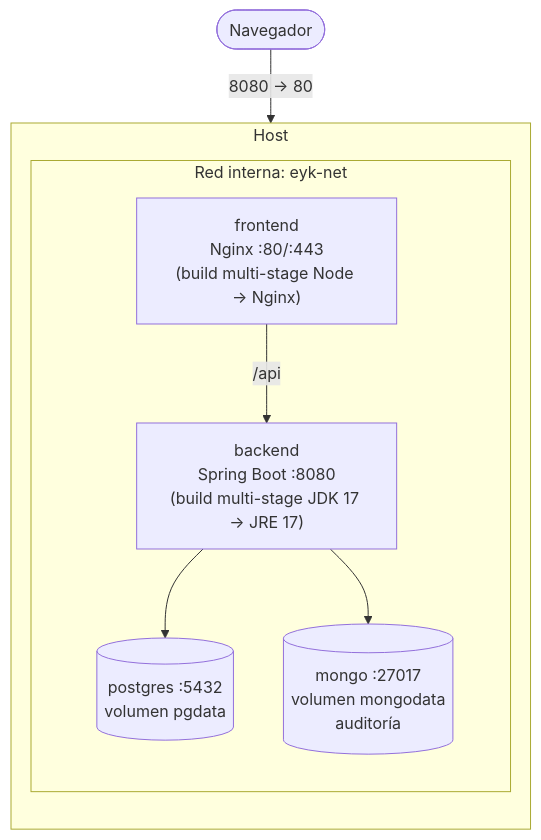
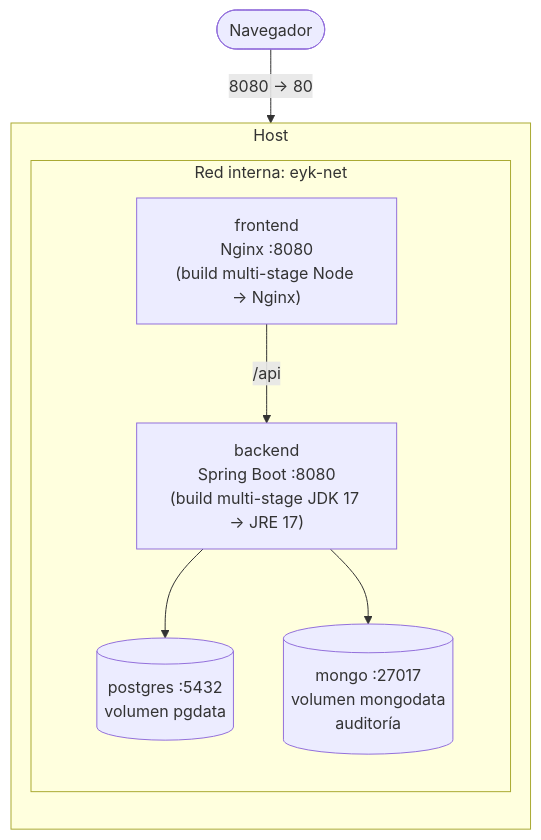
One commit to edzamo/ec-eykcorp changed diagram 11 of 13 in README.md. Above: the diagram before and after it, drawn with Mermaid. The commit also changed other lines of this file, not shown here.

````diff
--- a/README.md
+++ b/README.md
@@ -675,17 +674,17 @@
 ```mermaid
 flowchart TB
     subgraph Host
         direction TB
         subgraph NET["Red interna: eyk-net"]
-            NGX["frontend<br/>Nginx :80/:443<br/>(build multi-stage Node → Nginx)"]
+            NGX["frontend<br/>Nginx :8080<br/>(build multi-stage Node → Nginx)"]
             BCK["backend<br/>Spring Boot :8080<br/>(build multi-stage JDK 17 → JRE 17)"]
             PG[("postgres :5432<br/>volumen pgdata")]
             MG[("mongo :27017<br/>volumen mongodata<br/>auditoría")]
         end
     end
 
     USER([Navegador]) -->|"8080 → 80"| NGX
     NGX -->|"/api"| BCK
     BCK --> PG
     BCK --> MG
 ```
````
